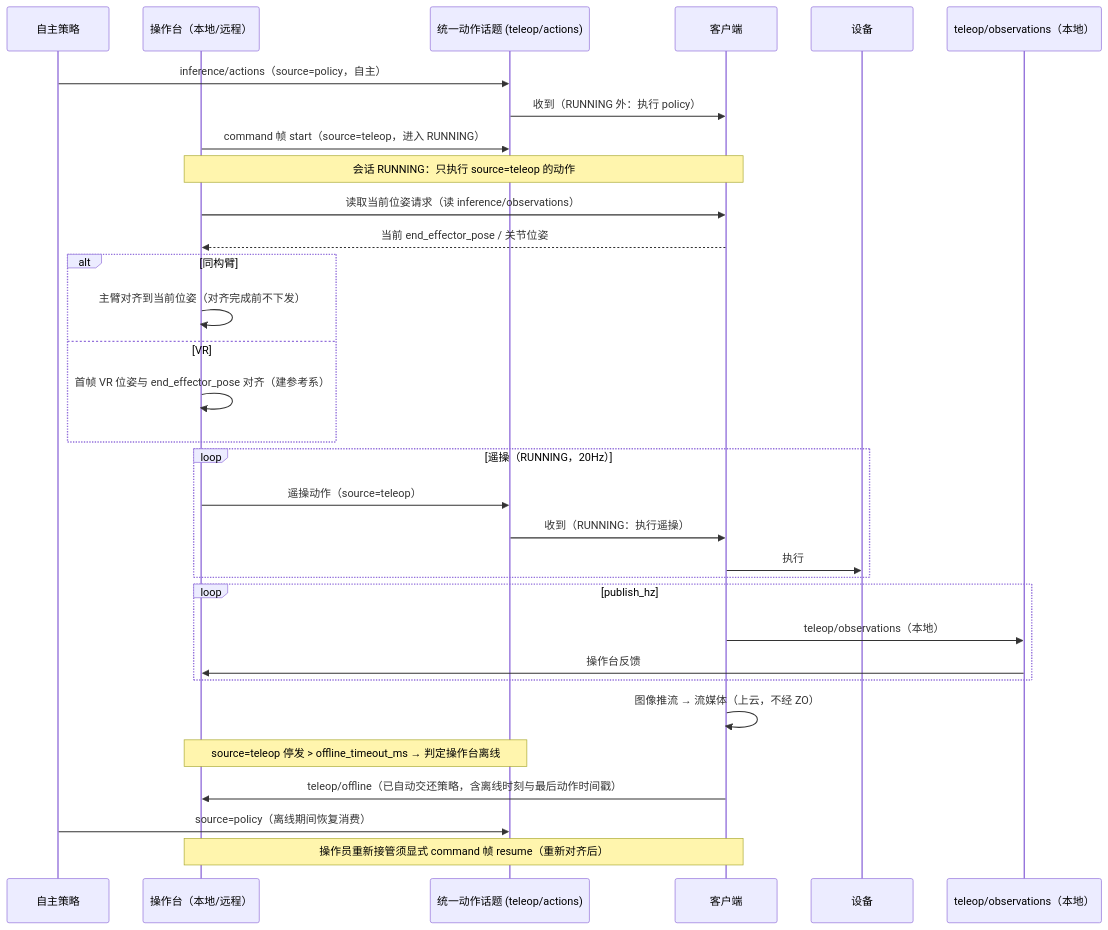
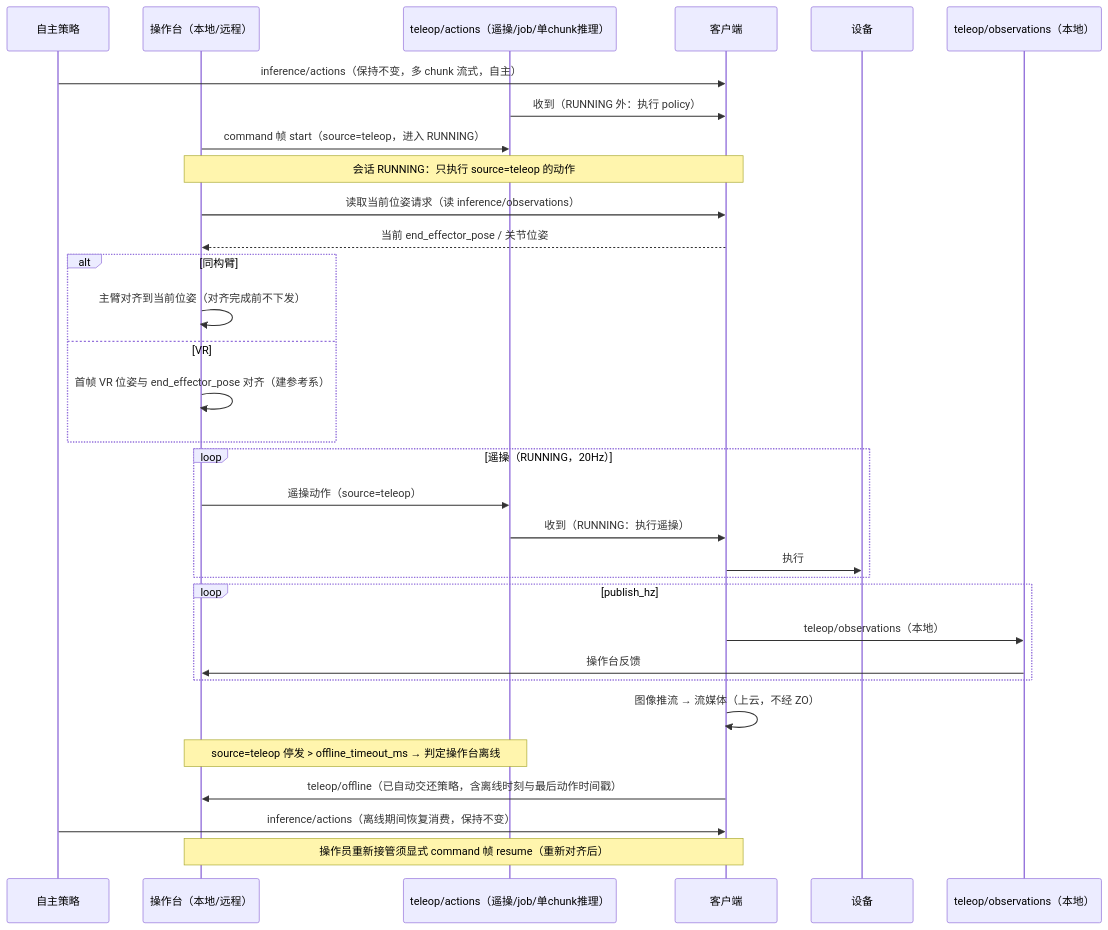
One commit to vincentguiling/cloudrobo-sdk-client changed the diagram in docs/design/r2c-teleop-data-collection-design.md. Above: the diagram before and after it, drawn with Mermaid. The commit also changed other lines of this file, not shown here.

Commit message:
docs(design): v1.4——动作话题布局定案：inference/actions 不变、移除 job/action、新增 teleop/actions（遥操+job+单chunk推理）

````diff
--- a/docs/design/r2c-teleop-data-collection-design.md
+++ b/docs/design/r2c-teleop-data-collection-design.md
@@ -142,35 +143,35 @@
 ```mermaid
 sequenceDiagram
     participant P as 自主策略
     participant O as 操作台（本地/远程）
-    participant ZA as 统一动作话题 (teleop/actions)
+    participant ZA as teleop/actions（遥操/job/单chunk推理）
     participant C as 客户端
     participant F as 设备
     participant ZO as teleop/observations（本地）
 
-    P->>ZA: inference/actions（source=policy，自主）
+    P->>C: inference/actions（保持不变，多 chunk 流式，自主）
     ZA->>C: 收到（RUNNING 外：执行 policy）
     O->>ZA: command 帧 start（source=teleop，进入 RUNNING）
     Note over O,C: 会话 RUNNING：只执行 source=teleop 的动作
     O->>C: 读取当前位姿请求（读 inference/observations）
     C-->>O: 当前 end_effector_pose / 关节位姿
     alt 同构臂
         O->>O: 主臂对齐到当前位姿（对齐完成前不下发）
     else VR
         O->>O: 首帧 VR 位姿与 end_effector_pose 对齐（建参考系）
     end
     loop 遥操（RUNNING，20Hz）
         O->>ZA: 遥操动作（source=teleop）
         ZA->>C: 收到（RUNNING：执行遥操）
         C->>F: 执行
     end
     loop publish_hz
         C->>ZO: teleop/observations（本地）
         ZO->>O: 操作台反馈
     end
     C->>C: 图像推流 → 流媒体（上云，不经 ZO）
     Note over O,ZA: source=teleop 停发 > offline_timeout_ms → 判定操作台离线
     C->>O: teleop/offline（已自动交还策略，含离线时刻与最后动作时间戳）
-    P->>ZA: source=policy（离线期间恢复消费）
+    P->>C: inference/actions（离线期间恢复消费，保持不变）
     Note over O,C: 操作员重新接管须显式 command 帧 resume（重新对齐后）
 ```
````
